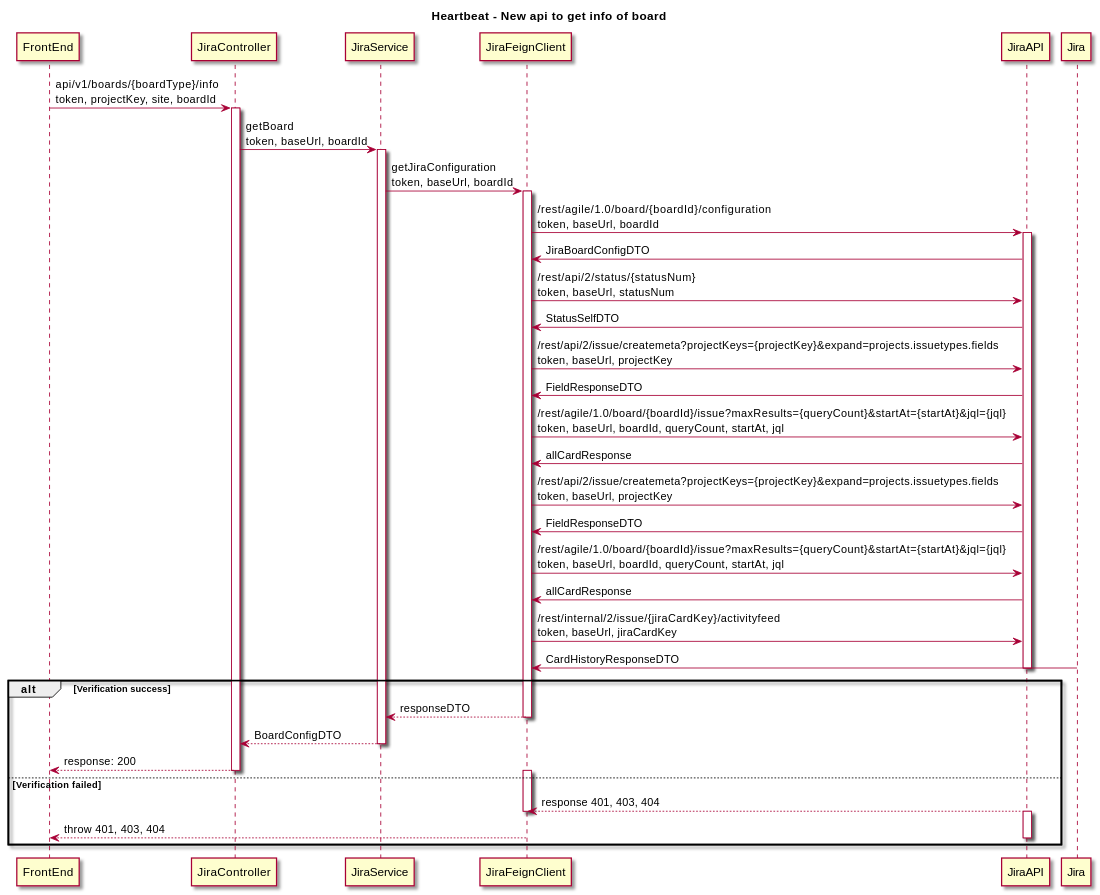
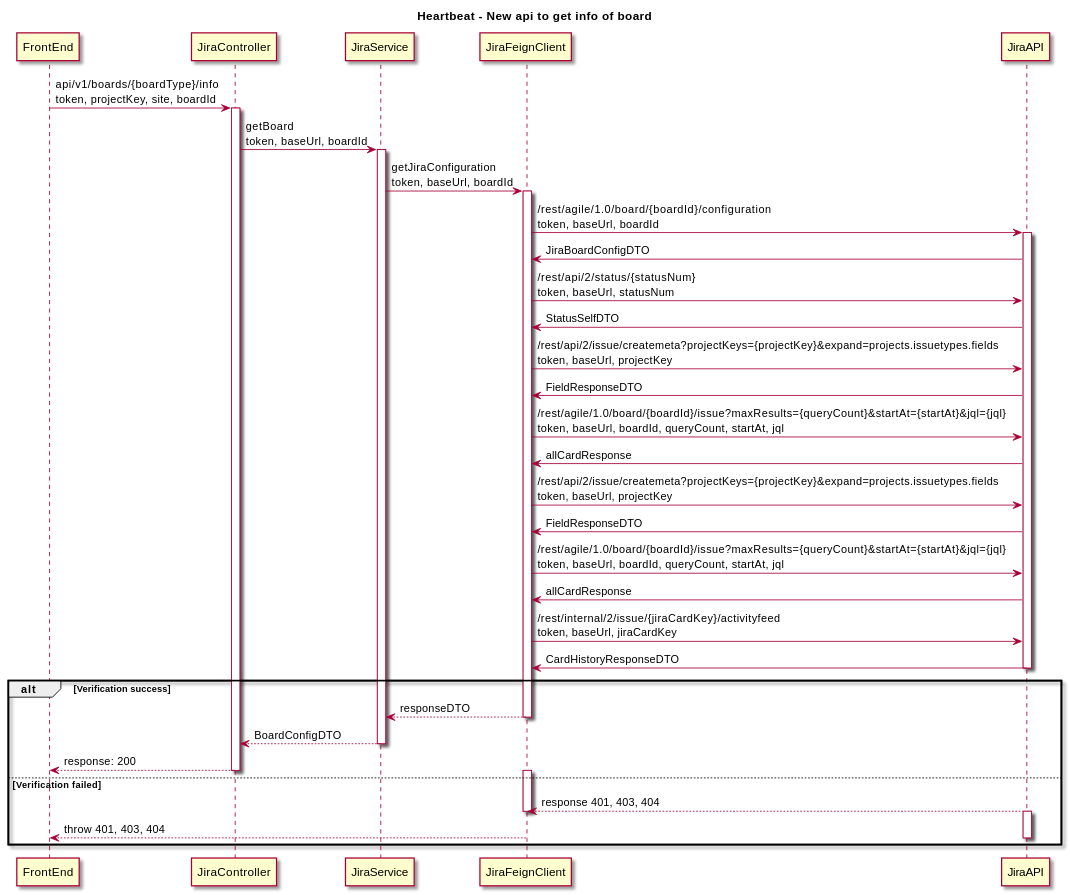
Before and after one commit to thoughtworks/HeartBeat: the second of 2 diagrams in docs/src/content/docs/en/spikes/tech-spikes-split-verify-of-board.mdx, drawn with PlantUML.

Commit message:
ADM-612:[docs]feat: fix Sequence Diagram

````diff
--- a/docs/src/content/docs/en/spikes/tech-spikes-split-verify-of-board.mdx
+++ b/docs/src/content/docs/en/spikes/tech-spikes-split-verify-of-board.mdx
@@ -220,51 +220,51 @@
 ```plantuml
 @startuml
 skin rose
 title Heartbeat - New api to get info of board
 
 participant FrontEnd
 participant JiraController
 participant JiraService
 participant JiraFeignClient
 participant JiraAPI
 
 ' group Verify the validity of the token
     FrontEnd -> JiraController: api/v1/boards/{boardType}/info \ntoken, projectKey, site, boardId
     activate JiraController
     JiraController -> JiraService: getBoard \ntoken, baseUrl, boardId
     activate JiraService
     JiraService -> JiraFeignClient: getJiraConfiguration \ntoken, baseUrl, boardId
     activate JiraFeignClient
     JiraFeignClient -> JiraAPI: /rest/agile/1.0/board/{boardId}/configuration \ntoken, baseUrl, boardId
     activate JiraAPI
     JiraAPI -> JiraFeignClient: JiraBoardConfigDTO
     JiraFeignClient -> JiraAPI: /rest/api/2/status/{statusNum} \ntoken, baseUrl, statusNum
     JiraAPI -> JiraFeignClient: StatusSelfDTO
     JiraFeignClient -> JiraAPI: /rest/api/2/issue/createmeta?projectKeys={projectKey}&expand=projects.issuetypes.fields \ntoken, baseUrl, projectKey
     JiraAPI -> JiraFeignClient: FieldResponseDTO
     JiraFeignClient -> JiraAPI: /rest/agile/1.0/board/{boardId}/issue?maxResults={queryCount}&startAt={startAt}&jql={jql} \ntoken, baseUrl, boardId, queryCount, startAt, jql
     JiraAPI -> JiraFeignClient: allCardResponse
     JiraFeignClient -> JiraAPI: /rest/api/2/issue/createmeta?projectKeys={projectKey}&expand=projects.issuetypes.fields \ntoken, baseUrl, projectKey
     JiraAPI -> JiraFeignClient: FieldResponseDTO
     JiraFeignClient -> JiraAPI: /rest/agile/1.0/board/{boardId}/issue?maxResults={queryCount}&startAt={startAt}&jql={jql} \ntoken, baseUrl, boardId, queryCount, startAt, jql
     JiraAPI -> JiraFeignClient: allCardResponse
     JiraFeignClient -> JiraAPI: /rest/internal/2/issue/{jiraCardKey}/activityfeed \ntoken, baseUrl, jiraCardKey
-    Jira -> JiraFeignClient: CardHistoryResponseDTO
+    JiraAPI -> JiraFeignClient: CardHistoryResponseDTO
 alt Verification success
     deactivate JiraAPI
     JiraFeignClient --> JiraService: responseDTO
     deactivate JiraFeignClient
     JiraService --> JiraController: BoardConfigDTO
     deactivate JiraService
     JiraController --> FrontEnd: response: 200
     deactivate JiraController
 else Verification failed
     activate JiraFeignClient
     JiraAPI --> JiraFeignClient: response 401, 403, 404
     deactivate JiraFeignClient
     activate JiraAPI
     JiraFeignClient --> FrontEnd: throw 401, 403, 404
     deactivate JiraAPI
 end
 @enduml
 ```
````
